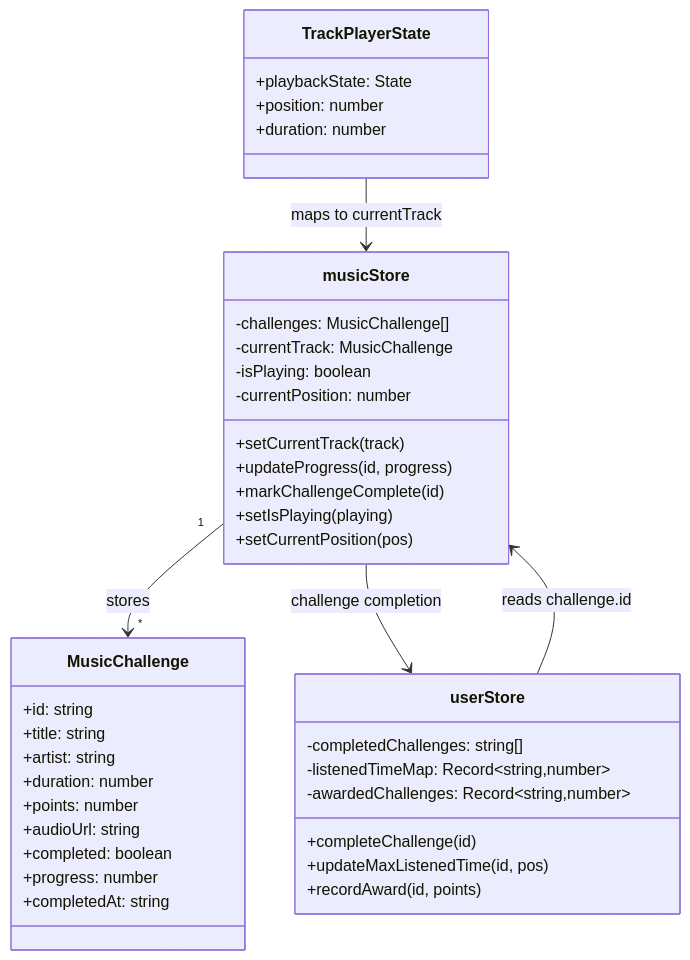
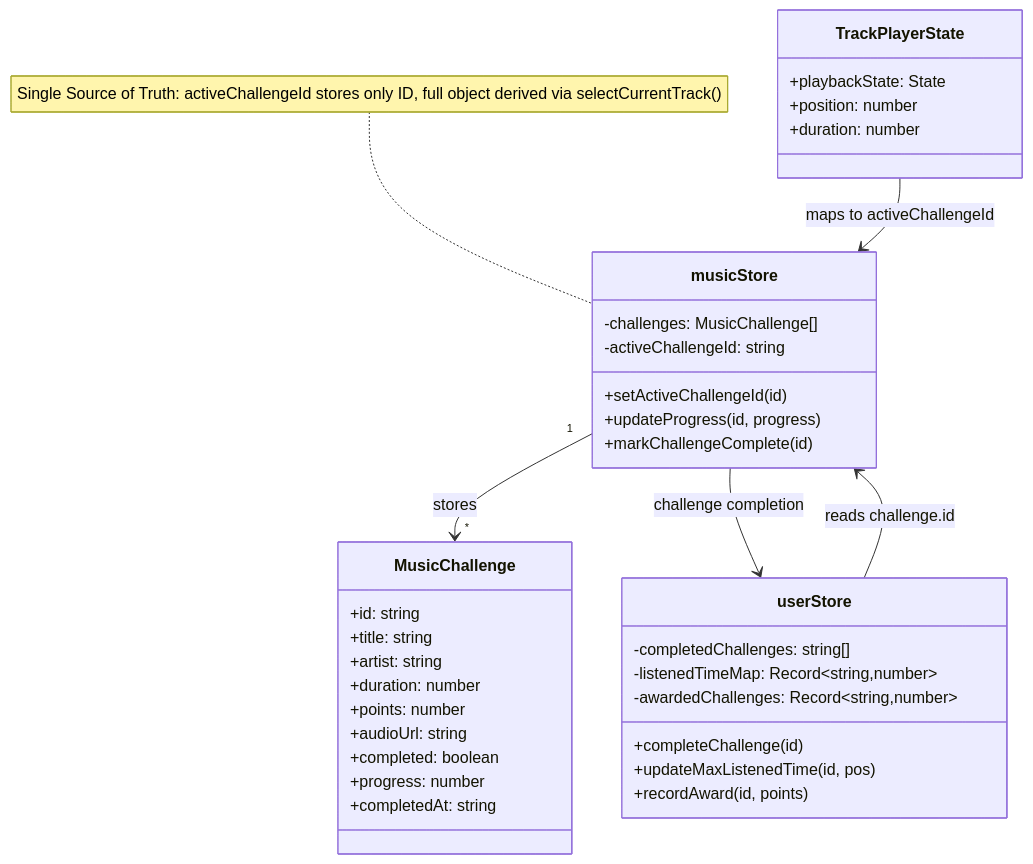
The sixth of 8 diagrams in ARCHITECTURE.md (ColinaLozito/music-rewards-mini-app), drawn with Mermaid before and after one commit. The commit also changed other lines of this file and 7 other files, not shown here.

First line of the commit message:
refactor(store): normalize musicStore to activeChallengeId

````diff
--- a/ARCHITECTURE.md
+++ b/ARCHITECTURE.md
@@ -399,46 +399,44 @@
 ```mermaid
 classDiagram
     class MusicChallenge {
         +id: string
         +title: string
         +artist: string
         +duration: number
         +points: number
         +audioUrl: string
         +completed: boolean
         +progress: number
         +completedAt: string
     }
 
     class musicStore {
         -challenges: MusicChallenge[]
-        -currentTrack: MusicChallenge
-        -isPlaying: boolean
-        -currentPosition: number
-        +setCurrentTrack(track)
+        -activeChallengeId: string
+        +setActiveChallengeId(id)
         +updateProgress(id, progress)
         +markChallengeComplete(id)
-        +setIsPlaying(playing)
-        +setCurrentPosition(pos)
     }
 
     class userStore {
         -completedChallenges: string[]
         -listenedTimeMap: Record~string,number~
         -awardedChallenges: Record~string,number~
         +completeChallenge(id)
         +updateMaxListenedTime(id, pos)
         +recordAward(id, points)
     }
 
     class TrackPlayerState {
         +playbackState: State
         +position: number
         +duration: number
     }
 
     musicStore "1" --> "*" MusicChallenge : stores
     userStore --> musicStore : reads challenge.id
-    TrackPlayerState --> musicStore : maps to currentTrack
+    TrackPlayerState --> musicStore : maps to activeChallengeId
     musicStore --> userStore : challenge completion
+    
+    note for musicStore "Single Source of Truth: activeChallengeId stores only ID, full object derived via selectCurrentTrack()"
 ```
````
